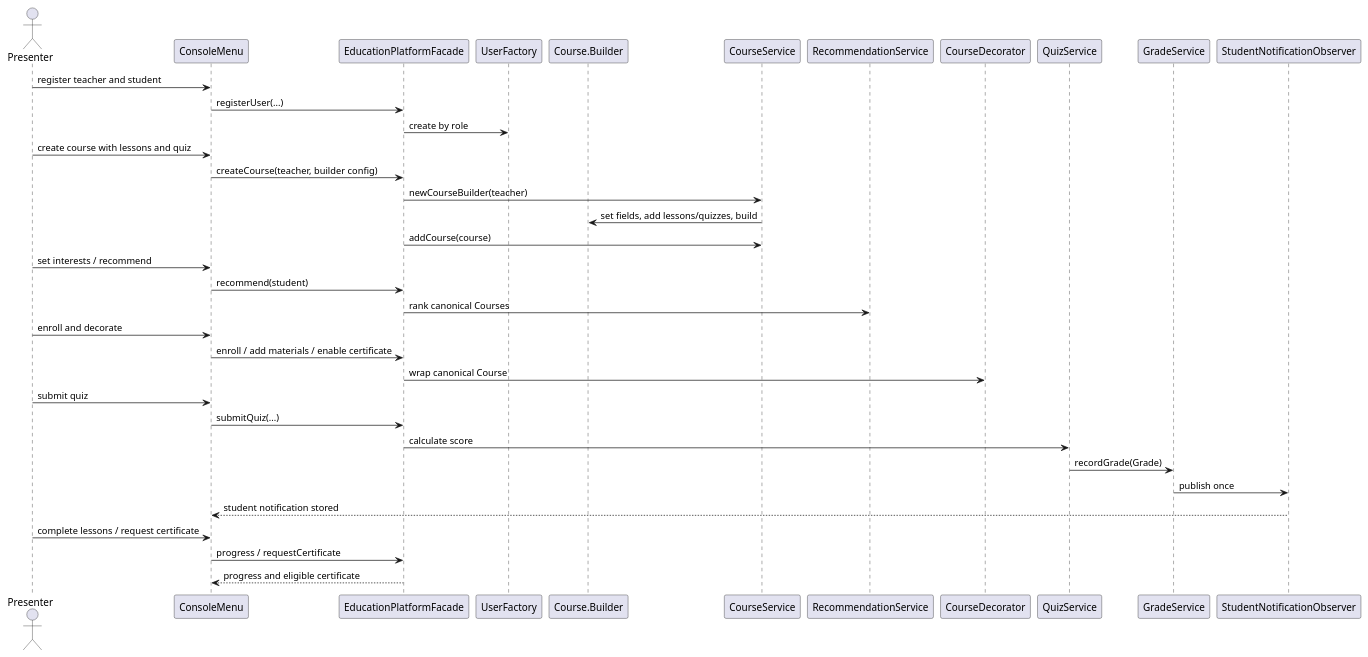
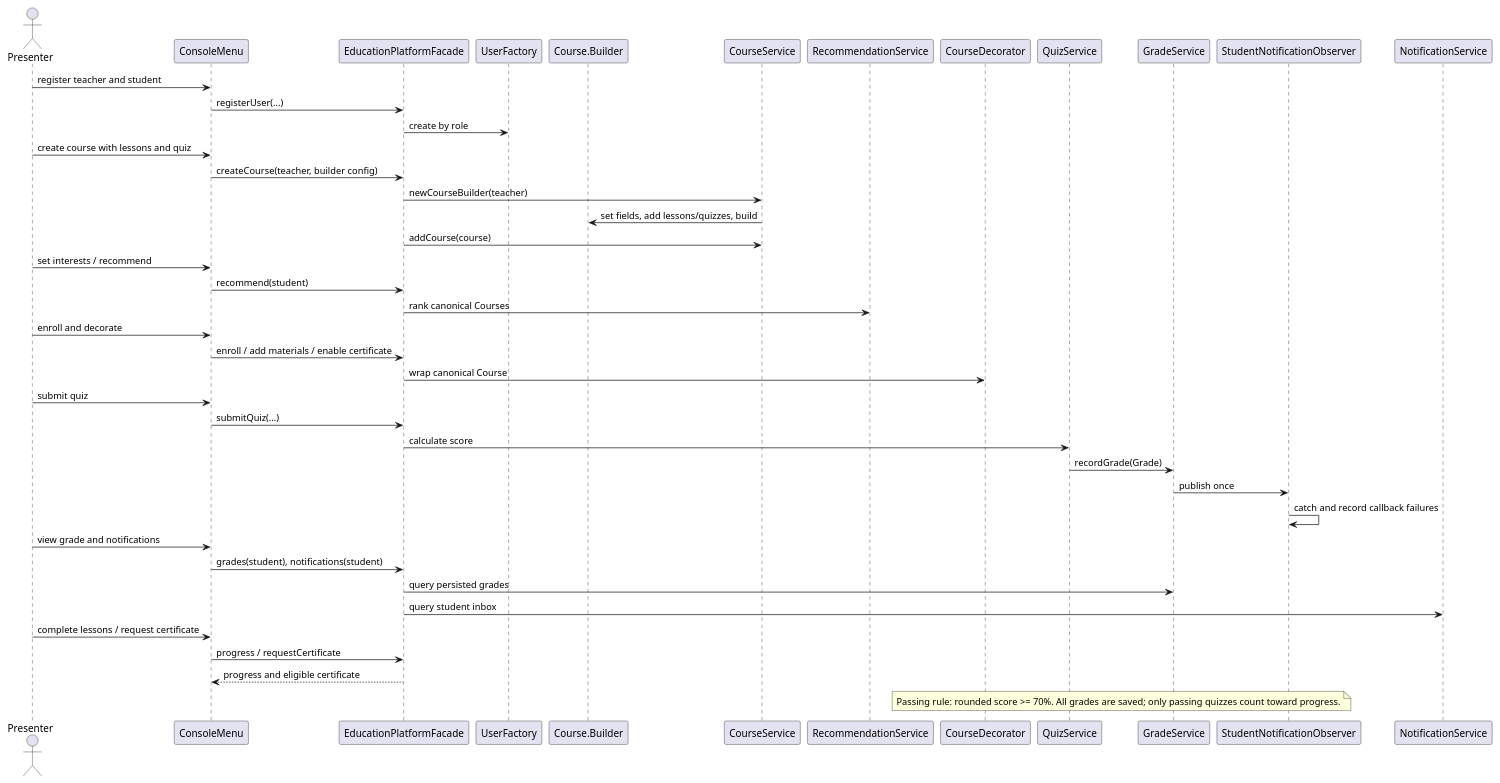
One commit to vuus1d/SDP_Final_Online-Education-Platform changed the diagram in docs/uml/end-to-end-sequence.puml. Above: the diagram before and after it, drawn with PlantUML. The commit also changed 44 other files, not shown here.

Commit message:
fix: harden quiz progress and observer consistency

```diff
--- a/docs/uml/end-to-end-sequence.puml
+++ b/docs/uml/end-to-end-sequence.puml
@@ -1,36 +1,41 @@
 @startuml
 actor Presenter
 participant ConsoleMenu
 participant EducationPlatformFacade as Facade
 participant UserFactory
-participant Course.Builder as Builder
+participant "Course.Builder" as Builder
 participant CourseService
 participant RecommendationService as Recommendations
 participant CourseDecorator as Decorator
 participant QuizService
 participant GradeService
 participant StudentNotificationObserver as Observer
 Presenter -> ConsoleMenu : register teacher and student
 ConsoleMenu -> Facade : registerUser(...)
 Facade -> UserFactory : create by role
 Presenter -> ConsoleMenu : create course with lessons and quiz
 ConsoleMenu -> Facade : createCourse(teacher, builder config)
 Facade -> CourseService : newCourseBuilder(teacher)
 CourseService -> Builder : set fields, add lessons/quizzes, build
 Facade -> CourseService : addCourse(course)
 Presenter -> ConsoleMenu : set interests / recommend
 ConsoleMenu -> Facade : recommend(student)
 Facade -> Recommendations : rank canonical Courses
 Presenter -> ConsoleMenu : enroll and decorate
 ConsoleMenu -> Facade : enroll / add materials / enable certificate
 Facade -> Decorator : wrap canonical Course
 Presenter -> ConsoleMenu : submit quiz
 ConsoleMenu -> Facade : submitQuiz(...)
 Facade -> QuizService : calculate score
 QuizService -> GradeService : recordGrade(Grade)
 GradeService -> Observer : publish once
-Observer --> ConsoleMenu : student notification stored
+Observer -> Observer : catch and record callback failures
+Presenter -> ConsoleMenu : view grade and notifications
+ConsoleMenu -> Facade : grades(student), notifications(student)
+Facade -> GradeService : query persisted grades
+Facade -> NotificationService : query student inbox
 Presenter -> ConsoleMenu : complete lessons / request certificate
 ConsoleMenu -> Facade : progress / requestCertificate
 Facade --> ConsoleMenu : progress and eligible certificate
+note over QuizService, GradeService : Passing rule: rounded score >= 70%. All grades are saved; only passing quizzes count toward progress.
 @enduml
```
